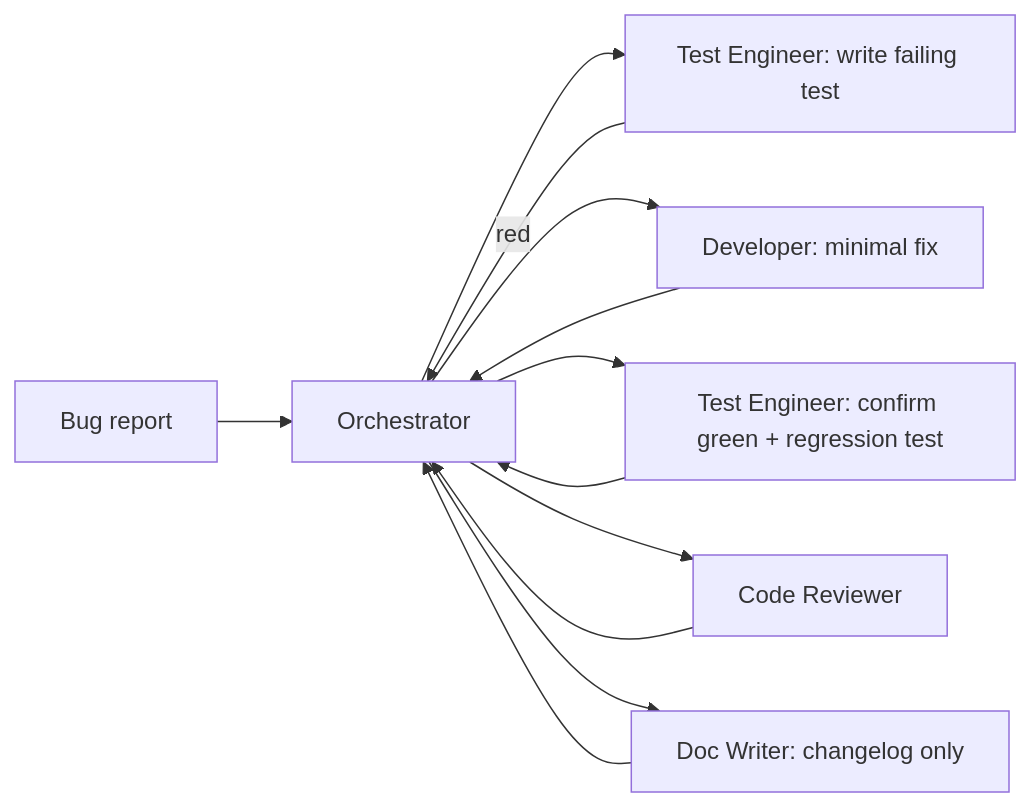
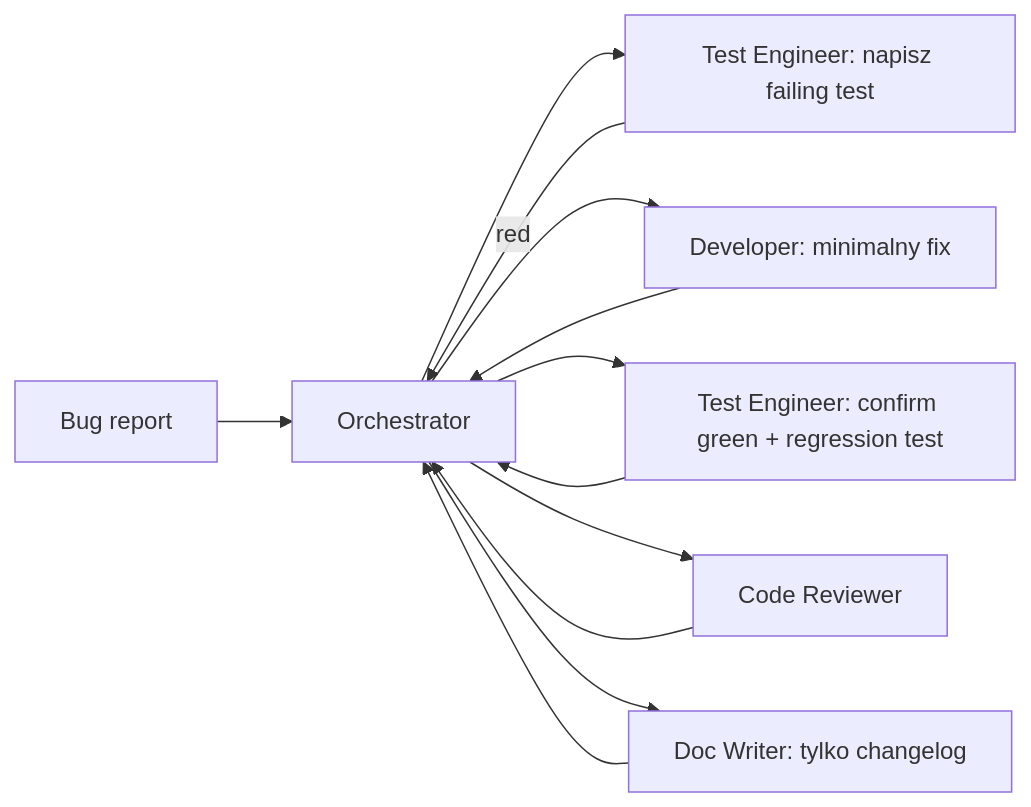
Before and after one commit to nowiro/ai-studio: the diagram in .ai/workflows/bug-fix.md, drawn with Mermaid. The commit also changed other lines of this file and 6 other files, not shown here.

````diff
--- a/.ai/workflows/bug-fix.md
+++ b/.ai/workflows/bug-fix.md
@@ -12,14 +12,14 @@
 ```mermaid
 flowchart LR
     R[Bug report] --> O[Orchestrator]
-    O --> TE1[Test Engineer: write failing test]
+    O --> TE1[Test Engineer: napisz failing test]
     TE1 -->|red| O
-    O --> FE[Developer: minimal fix]
+    O --> FE[Developer: minimalny fix]
     FE --> O
     O --> TE2[Test Engineer: confirm green + regression test]
     TE2 --> O
     O --> CR[Code Reviewer]
     CR --> O
-    O --> DW[Doc Writer: changelog only]
+    O --> DW[Doc Writer: tylko changelog]
     DW --> O
 ```
````
